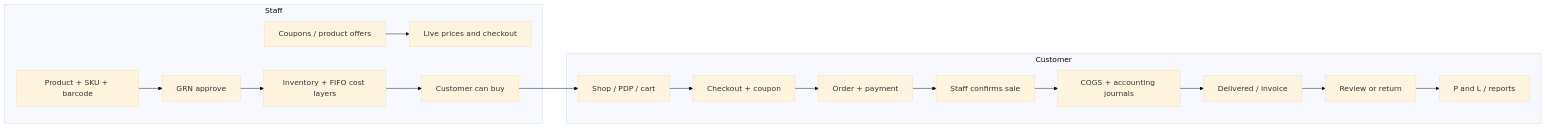
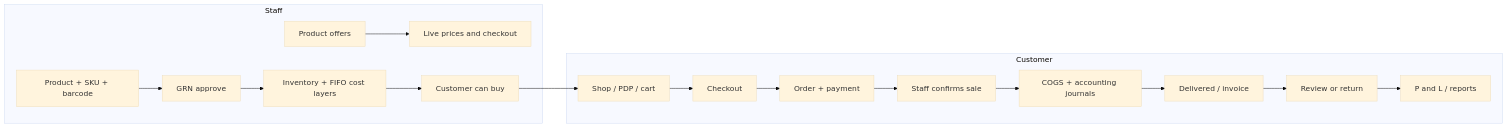
The first of 2 diagrams in README.md (officermdm-spec/UMII), drawn with Mermaid (base theme) before and after one commit. The commit also changed other lines of this file and 44 other files, not shown here.

````diff
--- a/README.md
+++ b/README.md
@@ -105,19 +105,19 @@
 ```mermaid
 flowchart LR
   subgraph staff [Staff]
     A[Product + SKU + barcode] --> B[GRN approve]
     B --> C[Inventory + FIFO cost layers]
-    D[Coupons / product offers] --> E[Live prices and checkout]
+    D[Product offers] --> E[Live prices and checkout]
     C --> F[Customer can buy]
   end
   subgraph customer [Customer]
     F --> G[Shop / PDP / cart]
-    G --> H[Checkout + coupon]
+    G --> H[Checkout]
     H --> I[Order + payment]
     I --> J[Staff confirms sale]
     J --> K[COGS + accounting journals]
     K --> L[Delivered / invoice]
     L --> M[Review or return]
     M --> N[P and L / reports]
   end
 ```
````
